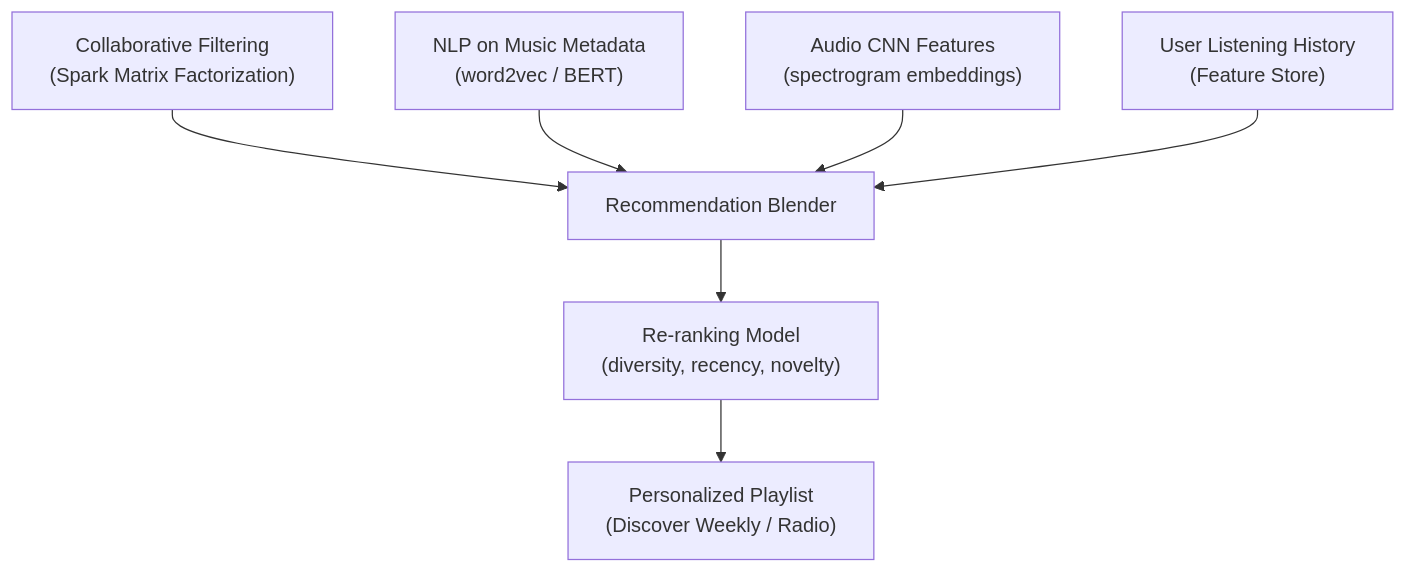
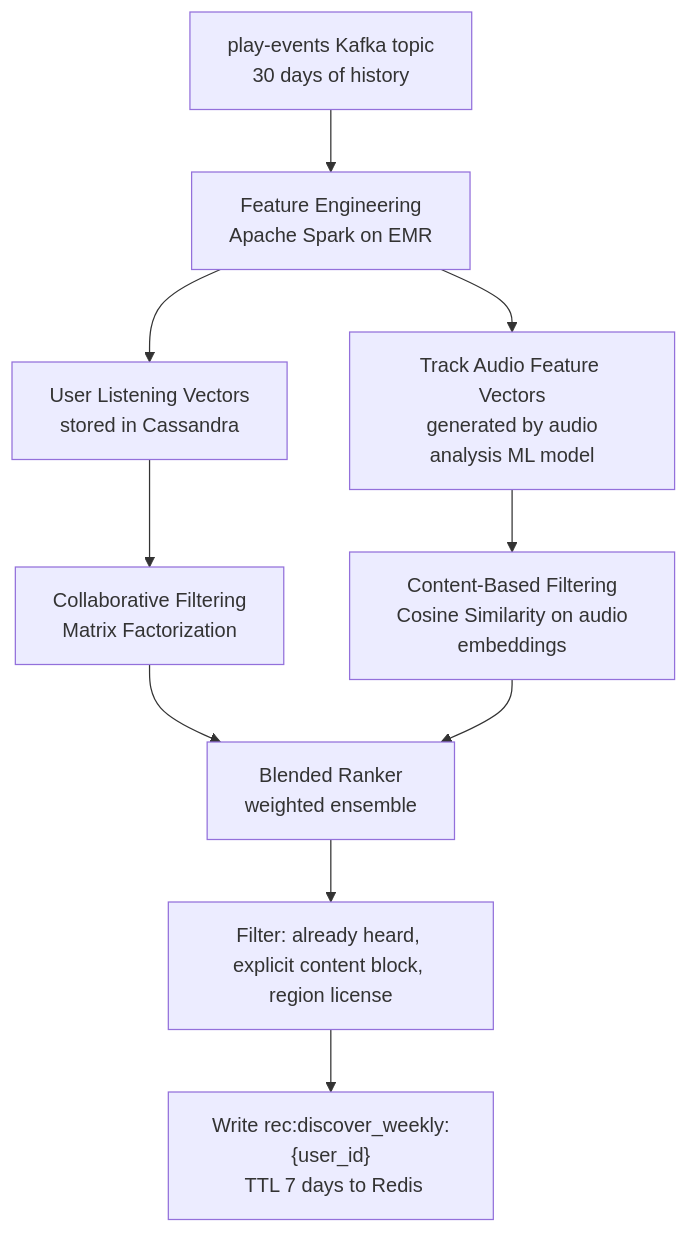
One commit to deepjyoti-dj7/JustDoIT changed the fifth of 7 diagrams in docs/system-design/hld/real-world-systems/spotify.md. Above: the diagram before and after it, drawn with Mermaid. The commit also changed other lines of this file and 8 other files, not shown here.

````diff
--- a/docs/system-design/hld/real-world-systems/spotify.md
+++ b/docs/system-design/hld/real-world-systems/spotify.md
@@ -284,9 +591,12 @@
 ```mermaid
-graph TD
-    CollabFilter["Collaborative Filtering\n(Spark Matrix Factorization)"] --> Blend["Recommendation Blender"]
-    NLP["NLP on Music Metadata\n(word2vec / BERT)"] --> Blend
-    AudioAnalysis["Audio CNN Features\n(spectrogram embeddings)"] --> Blend
-    UserHistory["User Listening History\n(Feature Store)"] --> Blend
-    Blend --> Rank["Re-ranking Model\n(diversity, recency, novelty)"]
-    Rank --> Output["Personalized Playlist\n(Discover Weekly / Radio)"]
+flowchart TD
+    PE["play-events Kafka topic\n30 days of history"] --> FE["Feature Engineering\n Apache Spark on EMR"]
+    FE --> UV["User Listening Vectors\n stored in Cassandra"]
+    FE --> TV["Track Audio Feature Vectors\n generated by audio analysis ML model"]
+    UV --> CF["Collaborative Filtering\n Matrix Factorization"]
+    TV --> CB["Content-Based Filtering\n Cosine Similarity on audio embeddings"]
+    CF --> Blend["Blended Ranker\n weighted ensemble"]
+    CB --> Blend
+    Blend --> Filter["Filter: already heard, explicit content block, region license"]
+    Filter --> Redis["Write rec:discover_weekly:{user_id}\n TTL 7 days to Redis"]
 ```
````
